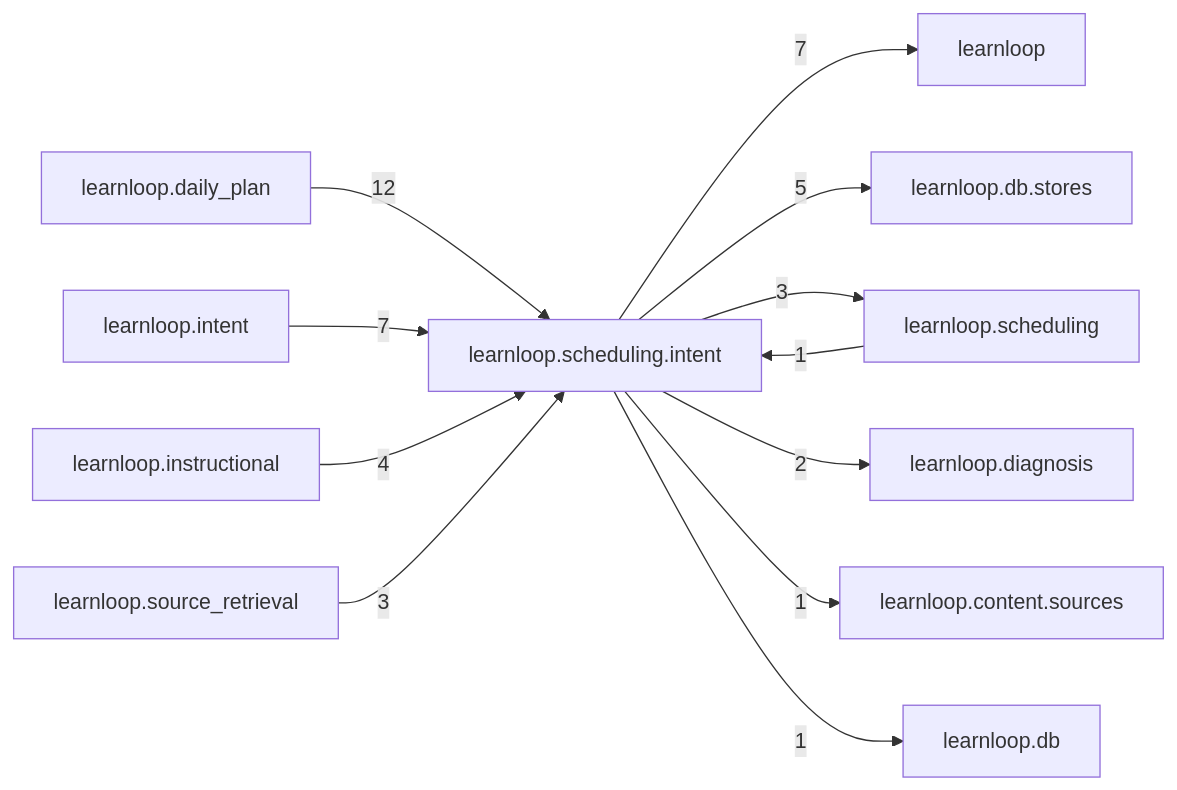
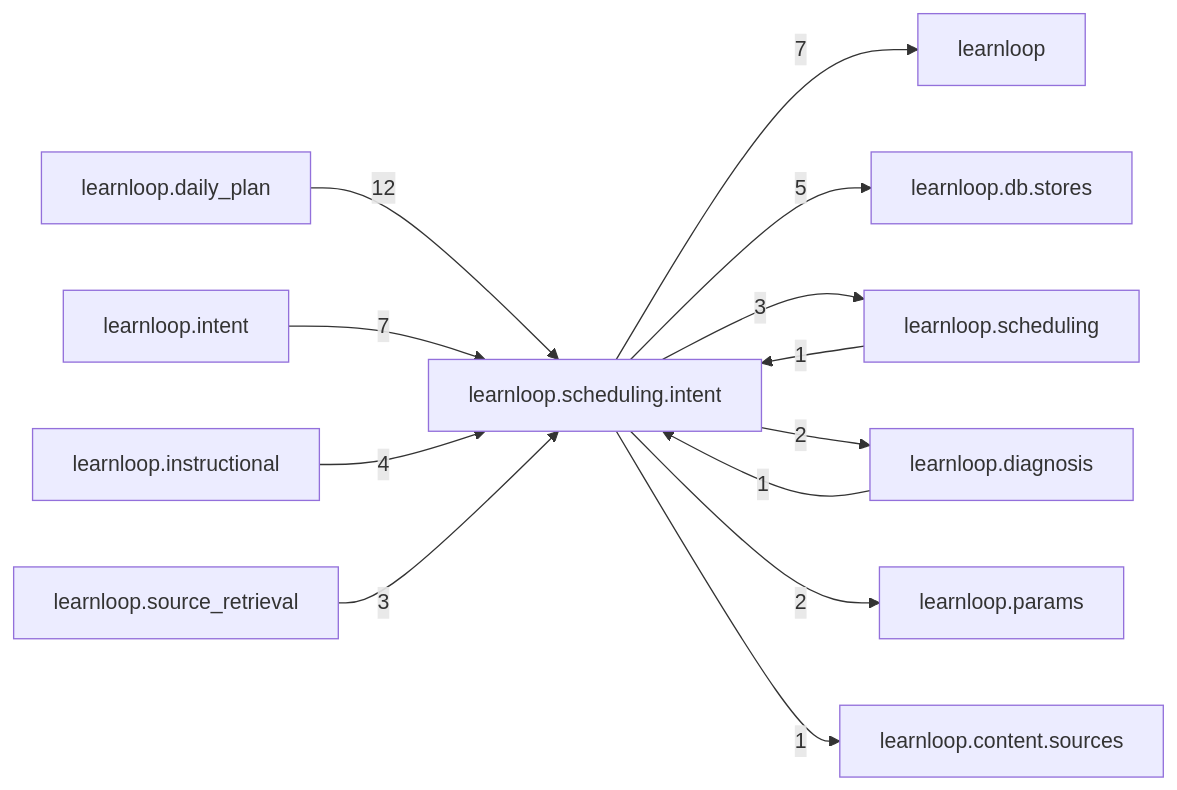
Before and after one commit to 6up-b/learnanything: the diagram in docs/learnloop-architecture-vault/Reference/Modules/learnloop/scheduling/intent/_package.md, drawn with Mermaid. The commit also changed other lines of this file and 30 other files, not shown here.

````diff
--- a/docs/learnloop-architecture-vault/Reference/Modules/learnloop/scheduling/intent/_package.md
+++ b/docs/learnloop-architecture-vault/Reference/Modules/learnloop/scheduling/intent/_package.md
@@ -84,25 +85,26 @@
 ```mermaid
 flowchart LR
     center["learnloop.scheduling.intent"]
     n_learnloop_daily_plan["learnloop.daily_plan"]
     n_learnloop["learnloop"]
     n_learnloop_intent["learnloop.intent"]
     n_learnloop_db_stores["learnloop.db.stores"]
     n_learnloop_instructional["learnloop.instructional"]
     n_learnloop_scheduling["learnloop.scheduling"]
+    n_learnloop_diagnosis["learnloop.diagnosis"]
     n_learnloop_source_retrieval["learnloop.source_retrieval"]
-    n_learnloop_diagnosis["learnloop.diagnosis"]
+    n_learnloop_params["learnloop.params"]
     n_learnloop_content_sources["learnloop.content.sources"]
-    n_learnloop_db["learnloop.db"]
     n_learnloop_daily_plan -->|12| center
     center -->|7| n_learnloop
     n_learnloop_intent -->|7| center
     center -->|5| n_learnloop_db_stores
     n_learnloop_instructional -->|4| center
     n_learnloop_scheduling -->|1| center
     center -->|3| n_learnloop_scheduling
+    n_learnloop_diagnosis -->|1| center
+    center -->|2| n_learnloop_diagnosis
     n_learnloop_source_retrieval -->|3| center
-    center -->|2| n_learnloop_diagnosis
+    center -->|2| n_learnloop_params
     center -->|1| n_learnloop_content_sources
-    center -->|1| n_learnloop_db
 ```
````
